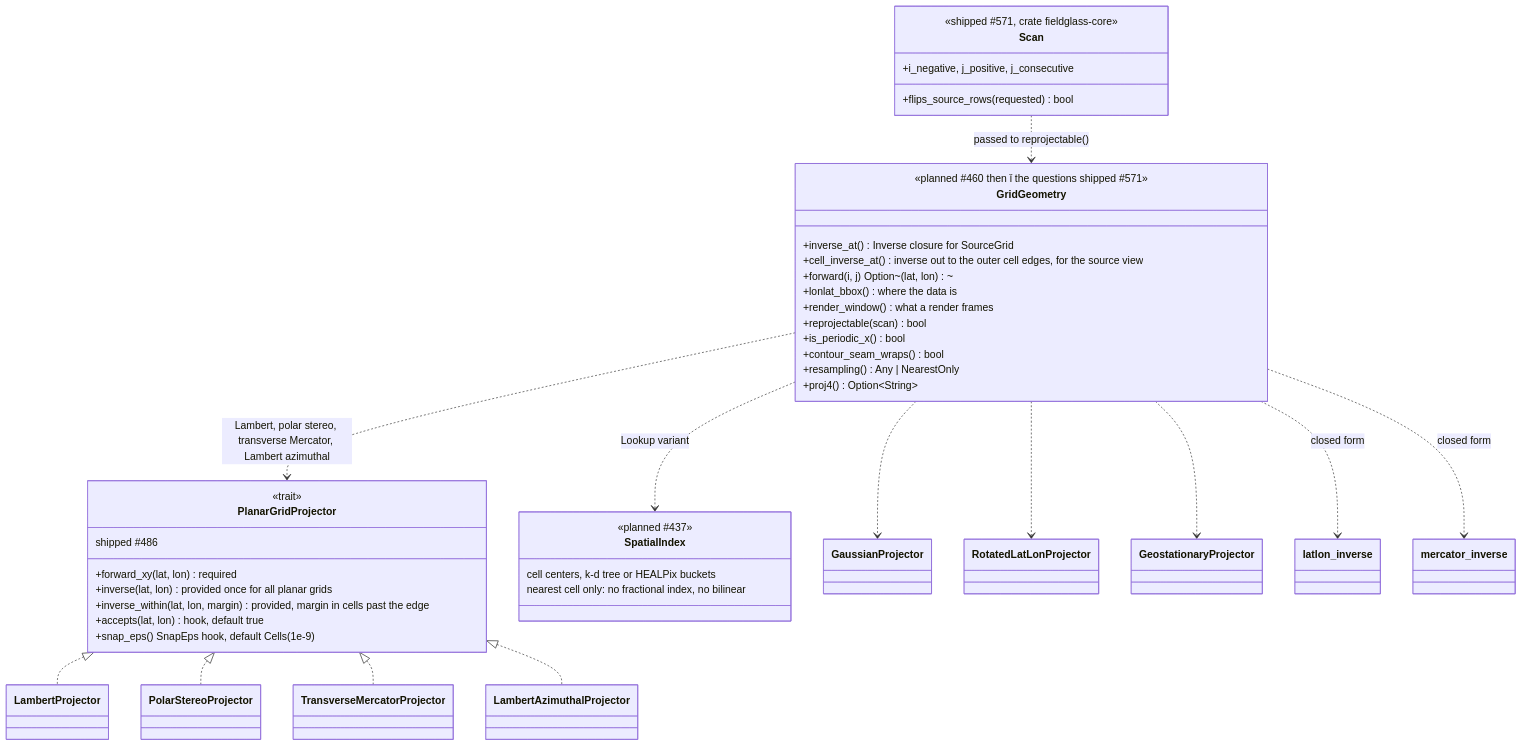
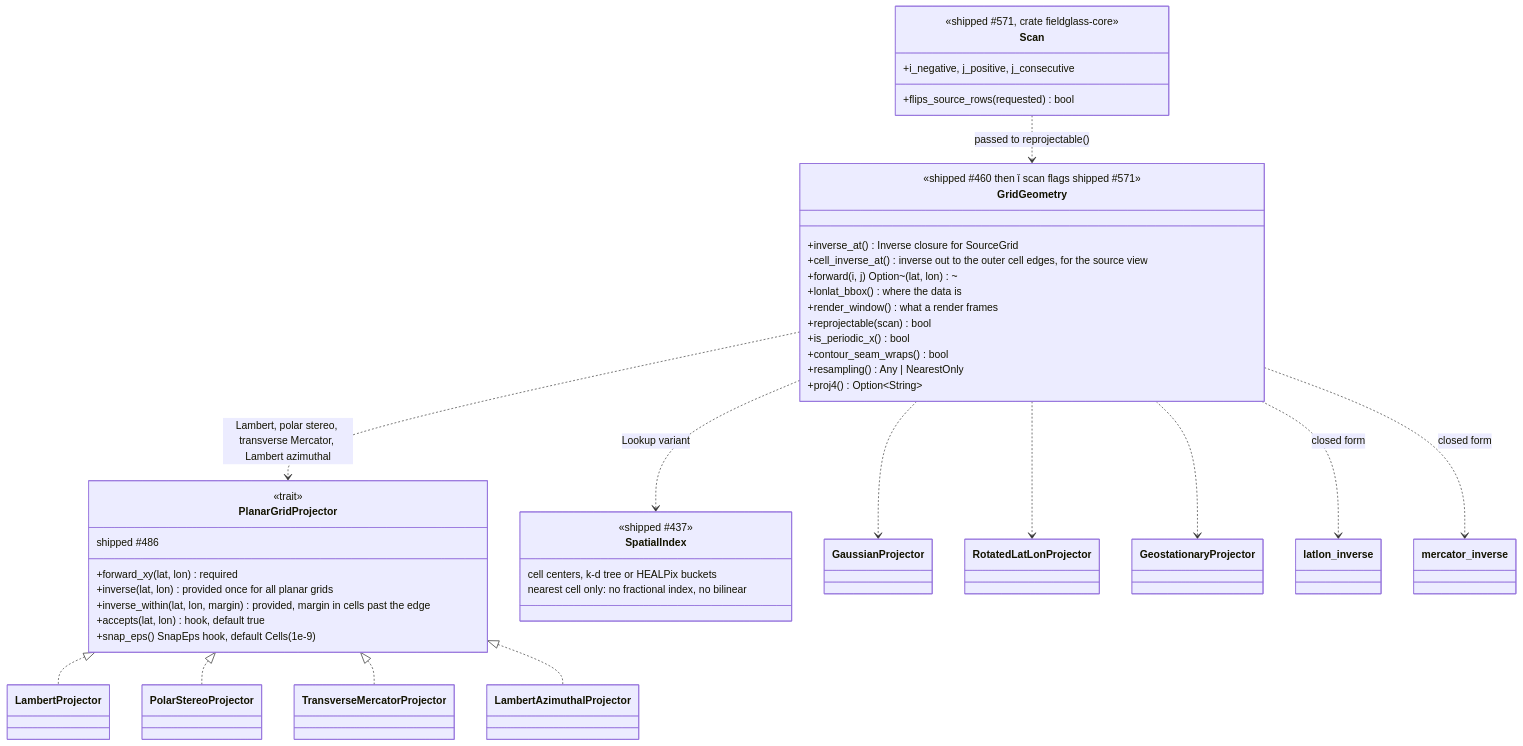
The first of 6 diagrams in docs/architecture/planned/02-trait-seams.md (D0ubleD0uble/fieldglass), drawn with Mermaid before and after one commit. The commit also changed other lines of this file and 28 other files, not shown here.

````diff
--- a/docs/architecture/planned/02-trait-seams.md
+++ b/docs/architecture/planned/02-trait-seams.md
@@ -20,48 +20,48 @@
 ```mermaid
 classDiagram
     class GridGeometry {
-        <<planned #460 then #464; the questions shipped #571>>
+        <<shipped #460 then #464; scan flags shipped #571>>
         +inverse_at() Inverse closure for SourceGrid
         +cell_inverse_at() inverse out to the outer cell edges, for the source view
         +forward(i, j) Option~(lat, lon)~
         +lonlat_bbox() where the data is
         +render_window() what a render frames
         +reprojectable(scan) bool
         +is_periodic_x() bool
         +contour_seam_wraps() bool
         +resampling() Any | NearestOnly
         +proj4() Option~String~
     }
     class Scan {
         <<shipped #571, crate fieldglass-core>>
         +i_negative, j_positive, j_consecutive
         +flips_source_rows(requested) bool
     }
     Scan ..> GridGeometry : passed to reprojectable()
     class PlanarGridProjector {
         <<trait>>
         shipped #486
         +forward_xy(lat, lon) required
         +inverse(lat, lon) provided once for all planar grids
         +inverse_within(lat, lon, margin) provided, margin in cells past the edge
         +accepts(lat, lon) hook, default true
         +snap_eps() SnapEps hook, default Cells(1e-9)
     }
     class SpatialIndex {
-        <<planned #437>>
+        <<shipped #437>>
         cell centers, k-d tree or HEALPix buckets
         nearest cell only: no fractional index, no bilinear
     }
 
     GridGeometry ..> PlanarGridProjector : Lambert, polar stereo, transverse Mercator, Lambert azimuthal
     GridGeometry ..> GaussianProjector
     GridGeometry ..> RotatedLatLonProjector
     GridGeometry ..> GeostationaryProjector
     GridGeometry ..> latlon_inverse : closed form
     GridGeometry ..> mercator_inverse : closed form
     GridGeometry ..> SpatialIndex : Lookup variant
     PlanarGridProjector <|.. LambertProjector
     PlanarGridProjector <|.. PolarStereoProjector
     PlanarGridProjector <|.. TransverseMercatorProjector
     PlanarGridProjector <|.. LambertAzimuthalProjector
 ```
````
